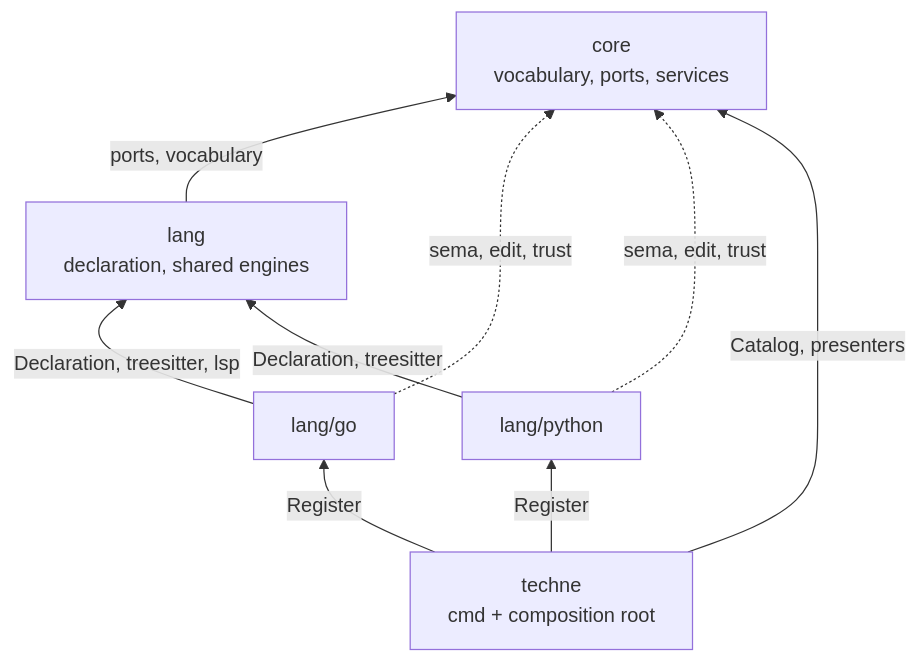
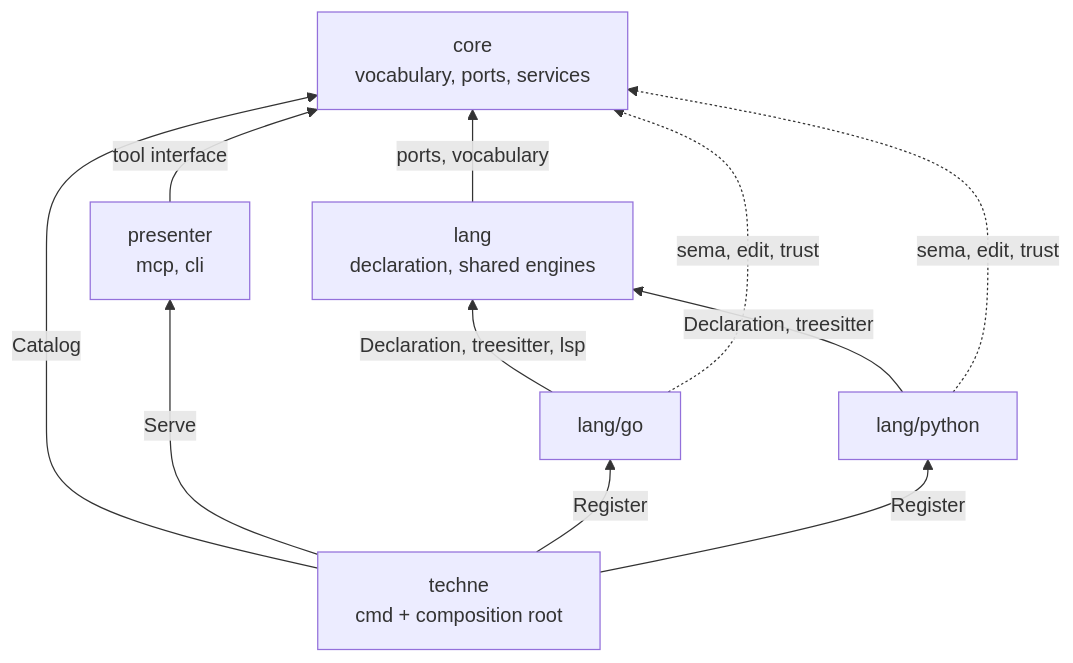
Before and after one commit to dokimasia/techne: the diagram in docs/rfc/0001-module-boundaries.md, drawn with Mermaid. The commit also changed other lines of this file and 1 other file, not shown here.

````diff
--- a/docs/rfc/0001-module-boundaries.md
+++ b/docs/rfc/0001-module-boundaries.md
@@ -72,17 +74,20 @@
 ```mermaid
 flowchart BT
     core["core<br/>vocabulary, ports, services"]
     lang["lang<br/>declaration, shared engines"]
     langgo["lang/go"]
     langpy["lang/python"]
+    pres["presenter<br/>mcp, cli"]
     root["techne<br/>cmd + composition root"]
 
     lang -->|"ports, vocabulary"| core
+    pres -->|"tool interface"| core
     langgo -->|"Declaration, treesitter, lsp"| lang
     langpy -->|"Declaration, treesitter"| lang
     langgo -.->|"sema, edit, trust"| core
     langpy -.->|"sema, edit, trust"| core
-    root -->|"Catalog, presenters"| core
+    root -->|"Catalog"| core
+    root -->|"Serve"| pres
     root -->|"Register"| langgo
     root -->|"Register"| langpy
 ```
````
